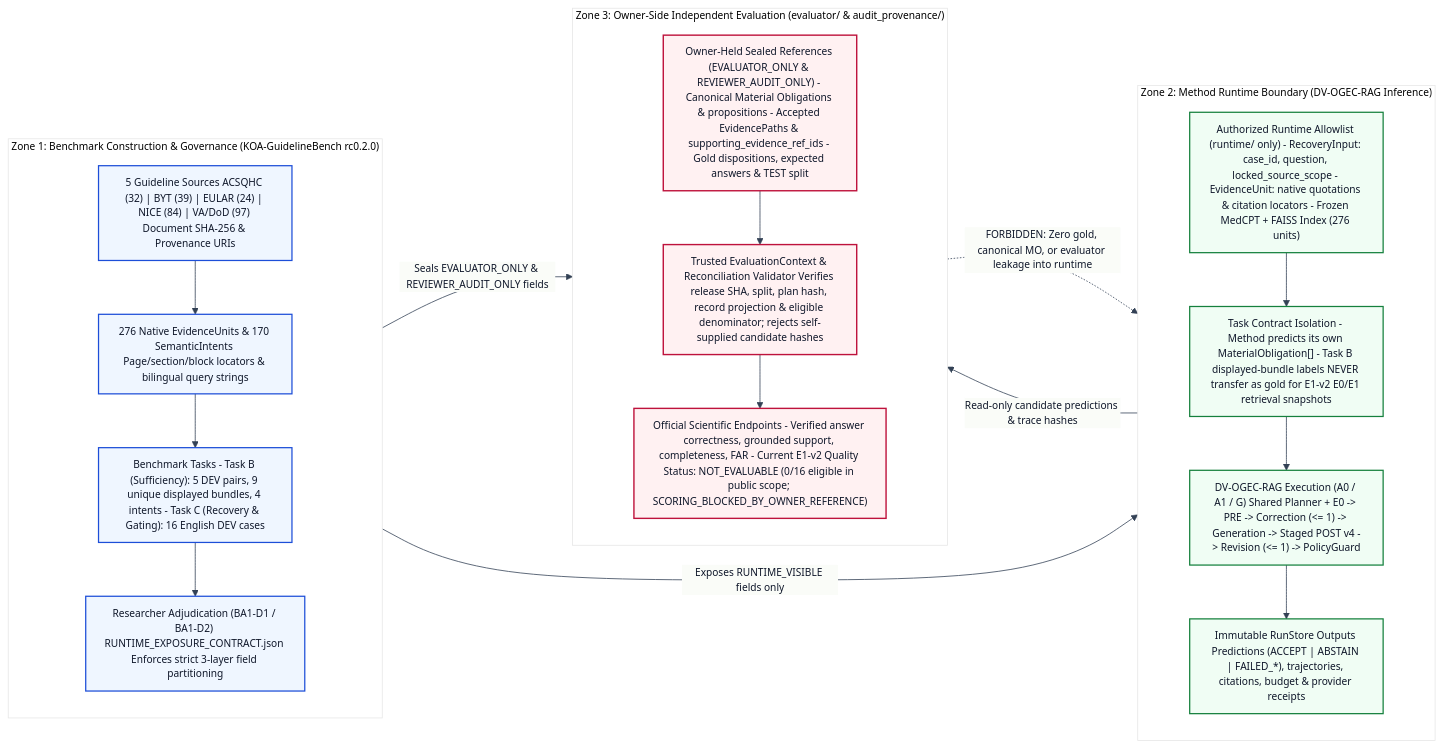
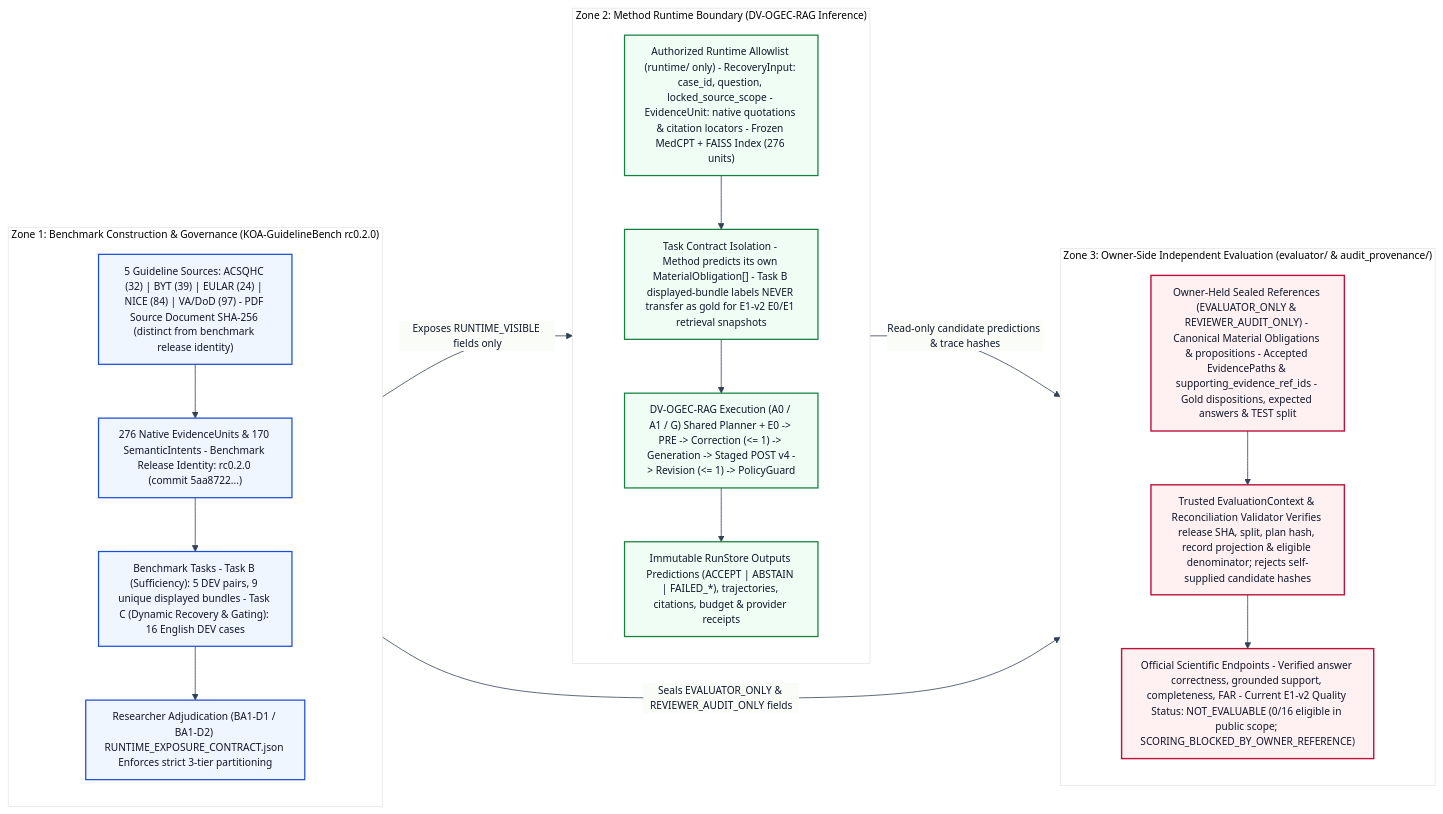
Before and after one commit to KwanFam26022005/KOA-Agentic-RAG-System: the diagram in assets/diagrams/04-benchmark-evaluation-boundary.mmd, drawn with Mermaid. The commit also changed 8 other files, not shown here.

First line of the commit message:
refactor(diagrams): final visual and scientific refinement of research figures

```diff
--- a/assets/diagrams/04-benchmark-evaluation-boundary.mmd
+++ b/assets/diagrams/04-benchmark-evaluation-boundary.mmd
@@ -1,40 +1,39 @@
 %%{init: {'theme': 'base', 'themeVariables': {'background': '#ffffff', 'primaryColor': '#f8fafc', 'primaryTextColor': '#0f172a', 'primaryBorderColor': '#475569', 'lineColor': '#334155', 'fontFamily': 'Inter, Segoe UI, Arial, sans-serif', 'fontSize': '13px'}, 'flowchart': {'curve': 'basis', 'nodeSpacing': 30, 'rankSpacing': 44, 'padding': 12}}}%%
 flowchart LR
   subgraph ZONE1["Zone 1: Benchmark Construction & Governance (KOA-GuidelineBench rc0.2.0)"]
     direction TB
-    Z1_G["5 Guideline Sources ACSQHC (32) | BYT (39) | EULAR (24) | NICE (84) | VA/DoD (97) Document SHA-256 & Provenance URIs"]
-    Z1_EU["276 Native EvidenceUnits & 170 SemanticIntents Page/section/block locators & bilingual query strings"]
-    Z1_TASKS["Benchmark Tasks - Task B (Sufficiency): 5 DEV pairs, 9 unique displayed bundles, 4 intents - Task C (Recovery & Gating): 16 English DEV cases"]
-    Z1_ADJ["Researcher Adjudication (BA1-D1 / BA1-D2) RUNTIME_EXPOSURE_CONTRACT.json Enforces strict 3-layer field partitioning"]
+    Z1_G["5 Guideline Sources: ACSQHC (32) | BYT (39) | EULAR (24) | NICE (84) | VA/DoD (97) - PDF Source Document SHA-256 (distinct from benchmark release identity)"]
+    Z1_EU["276 Native EvidenceUnits & 170 SemanticIntents - Benchmark Release Identity: rc0.2.0 (commit 5aa8722...)"]
+    Z1_TASKS["Benchmark Tasks - Task B (Sufficiency): 5 DEV pairs, 9 unique displayed bundles - Task C (Dynamic Recovery & Gating): 16 English DEV cases"]
+    Z1_ADJ["Researcher Adjudication (BA1-D1 / BA1-D2) RUNTIME_EXPOSURE_CONTRACT.json Enforces strict 3-tier partitioning"]
     Z1_G --> Z1_EU --> Z1_TASKS --> Z1_ADJ
   end
 
   subgraph ZONE2["Zone 2: Method Runtime Boundary (DV-OGEC-RAG Inference)"]
     direction TB
     Z2_ALLOW["Authorized Runtime Allowlist (runtime/ only) - RecoveryInput: case_id, question, locked_source_scope - EvidenceUnit: native quotations & citation locators - Frozen MedCPT + FAISS Index (276 units)"]
     Z2_NOTE["Task Contract Isolation - Method predicts its own MaterialObligation[] - Task B displayed-bundle labels NEVER transfer as gold for E1-v2 E0/E1 retrieval snapshots"]
     Z2_EXEC["DV-OGEC-RAG Execution (A0 / A1 / G) Shared Planner + E0 -> PRE -> Correction (<= 1) -> Generation -> Staged POST v4 -> Revision (<= 1) -> PolicyGuard"]
     Z2_STORE["Immutable RunStore Outputs Predictions (ACCEPT | ABSTAIN | FAILED_*), trajectories, citations, budget & provider receipts"]
     Z2_ALLOW --> Z2_NOTE --> Z2_EXEC --> Z2_STORE
   end
 
   subgraph ZONE3["Zone 3: Owner-Side Independent Evaluation (evaluator/ & audit_provenance/)"]
     direction TB
     Z3_HOLD["Owner-Held Sealed References (EVALUATOR_ONLY & REVIEWER_AUDIT_ONLY) - Canonical Material Obligations & propositions - Accepted EvidencePaths & supporting_evidence_ref_ids - Gold dispositions, expected answers & TEST split"]
     Z3_RECON["Trusted EvaluationContext & Reconciliation Validator Verifies release SHA, split, plan hash, record projection & eligible denominator; rejects self-supplied candidate hashes"]
     Z3_METRICS["Official Scientific Endpoints - Verified answer correctness, grounded support, completeness, FAR - Current E1-v2 Quality Status: NOT_EVALUABLE (0/16 eligible in public scope; SCORING_BLOCKED_BY_OWNER_REFERENCE)"]
     Z3_HOLD --> Z3_RECON --> Z3_METRICS
   end
 
   Z1_ADJ -->|"Exposes RUNTIME_VISIBLE fields only"| Z2_ALLOW
   Z1_ADJ -->|"Seals EVALUATOR_ONLY & REVIEWER_AUDIT_ONLY fields"| Z3_HOLD
   Z2_STORE -->|"Read-only candidate predictions & trace hashes"| Z3_RECON
-  Z3_HOLD -.->|"FORBIDDEN: Zero gold, canonical MO, or evaluator leakage into runtime"| Z2_EXEC
 
   classDef z1 fill:#eff6ff,stroke:#1d4ed8,stroke-width:1.6px,color:#0f172a;
   classDef z2 fill:#f0fdf4,stroke:#15803d,stroke-width:1.6px,color:#0f172a;
   classDef z3 fill:#fff1f2,stroke:#be123c,stroke-width:1.8px,color:#0f172a;
 
   class Z1_G,Z1_EU,Z1_TASKS,Z1_ADJ z1;
   class Z2_ALLOW,Z2_NOTE,Z2_EXEC,Z2_STORE z2;
   class Z3_HOLD,Z3_RECON,Z3_METRICS z3;
```
